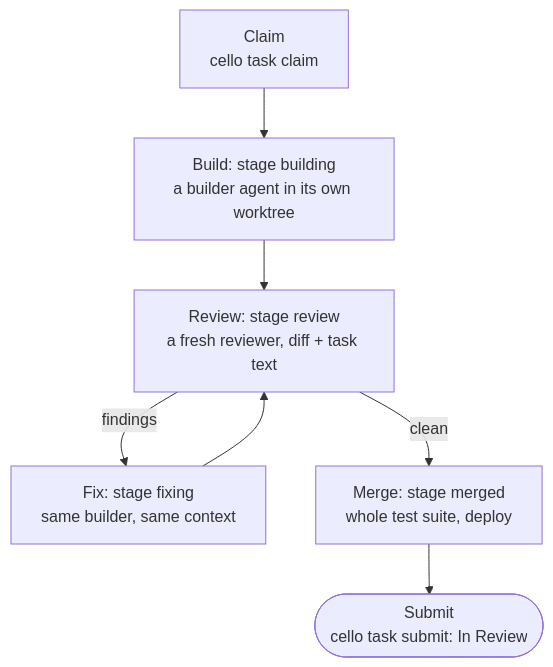
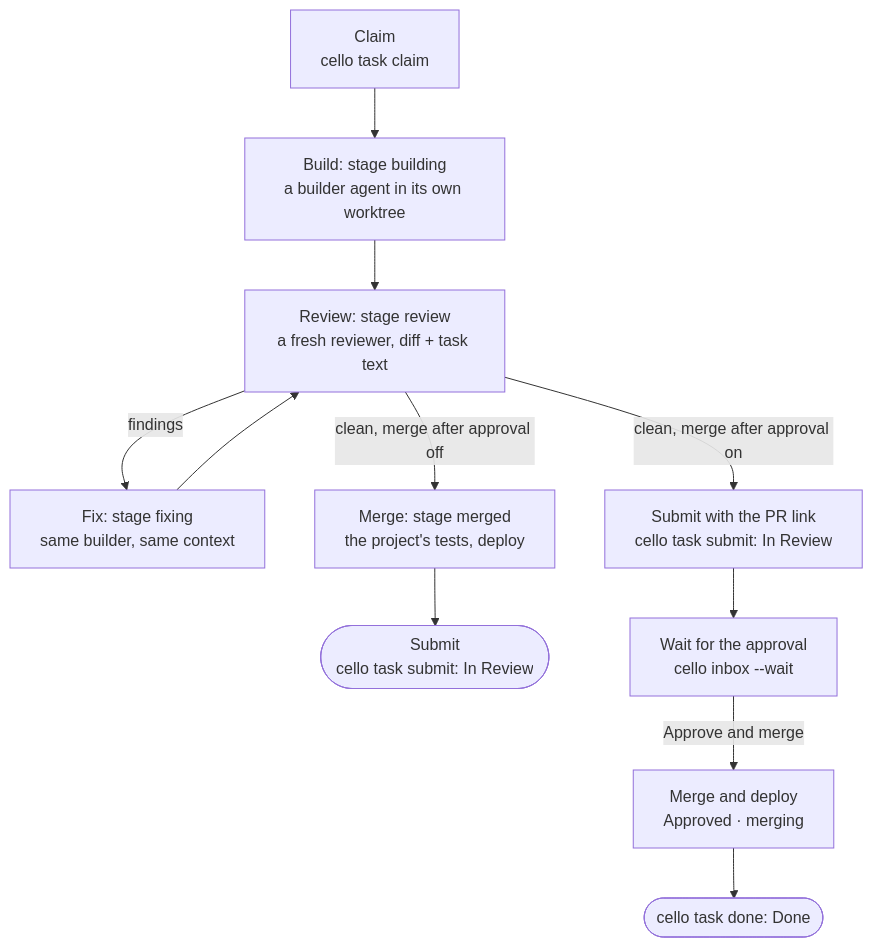
One commit to lnmunhoz/cello changed the diagram in apps/cli/claude-plugin/cello/commands/orchestrate.md. Above: the diagram before and after it, drawn with Mermaid. The commit also changed other lines of this file and 16 other files, not shown here.

First line of the commit message:
feat(web): Approve and merge, Approved · merging on the card, and Settings → Merging (CEL-143)

````diff
--- a/apps/cli/claude-plugin/cello/commands/orchestrate.md
+++ b/apps/cli/claude-plugin/cello/commands/orchestrate.md
@@ -28,9 +33,13 @@
 ```mermaid
 flowchart TD
     A["Claim<br/>cello task claim"] --> B["Build: stage building<br/>a builder agent in its own worktree"]
     B --> C["Review: stage review<br/>a fresh reviewer, diff + task text"]
     C -->|findings| D["Fix: stage fixing<br/>same builder, same context"]
     D --> C
-    C -->|clean| E["Merge: stage merged<br/>whole test suite, deploy"]
+    C -->|"clean, merge after approval off"| E["Merge: stage merged<br/>the project's tests, deploy"]
     E --> F(["Submit<br/>cello task submit: In Review"])
+    C -->|"clean, merge after approval on"| G["Submit with the PR link<br/>cello task submit: In Review"]
+    G --> H["Wait for the approval<br/>cello inbox --wait"]
+    H -->|"Approve and merge"| I["Merge and deploy<br/>Approved · merging"]
+    I --> J(["cello task done: Done"])
 ```
````
